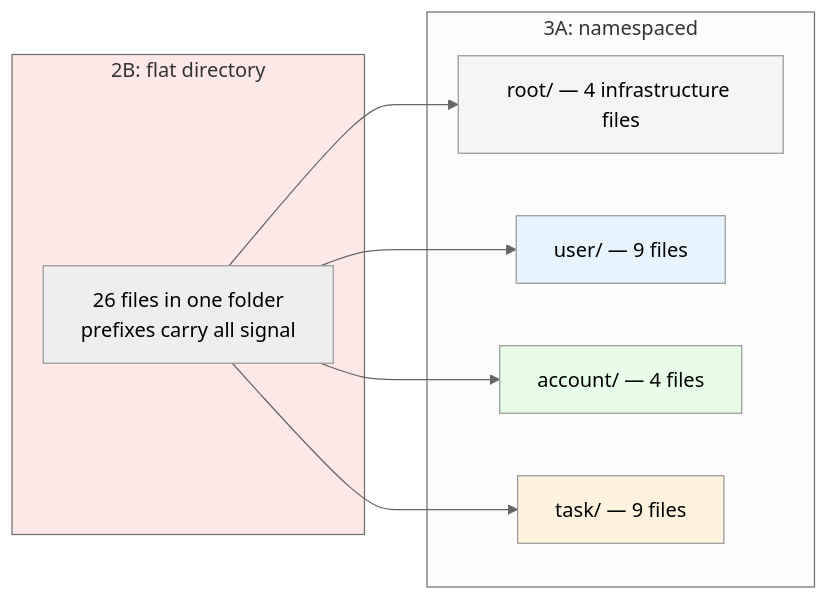
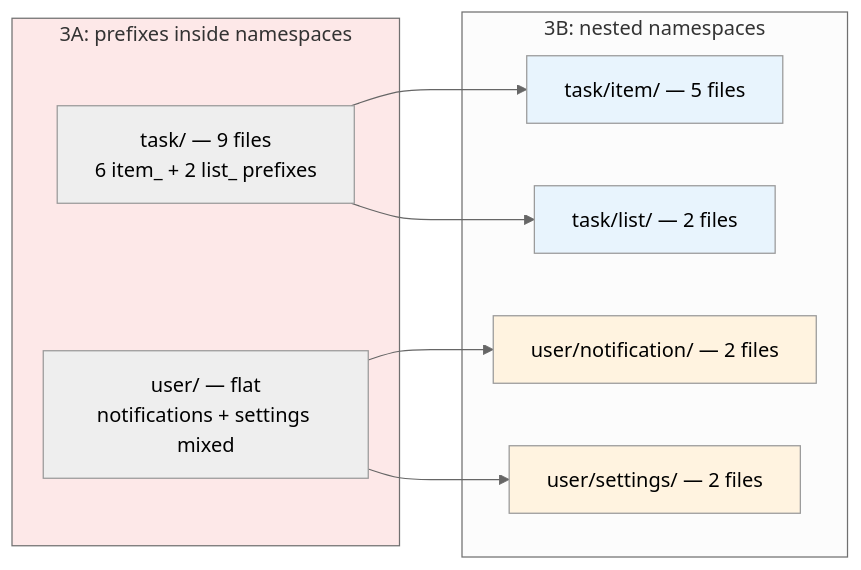
Before and after one commit to railswhey/app: the first of 3 diagrams in README.md, drawn with Mermaid (neutral theme). The commit also changed other lines of this file and 34 other files, not shown here.

Commit message:
3B: Organizing controllers into nested namespaces

````diff
--- a/README.md
+++ b/README.md
@@ -50,24 +55,25 @@
 ```mermaid
 flowchart LR
-  subgraph Before["2B: flat directory"]
-    FLAT["26 files in one folder<br/>prefixes carry all signal"]
+  subgraph Before["3A: prefixes inside namespaces"]
+    TASK1["task/ — 9 files<br/>6 item_ + 2 list_ prefixes"]
+    USER1["user/ — flat<br/>notifications + settings mixed"]
   end
 
-  subgraph After["3A: namespaced"]
-    ROOT["root/ — 4 infrastructure files"]
-    USER["user/ — 9 files"]
-    ACCOUNT["account/ — 4 files"]
-    TASK["task/ — 9 files"]
+  subgraph After["3B: nested namespaces"]
+    TI["task/item/ — 5 files"]
+    TL["task/list/ — 2 files"]
+    UN["user/notification/ — 2 files"]
+    US["user/settings/ — 2 files"]
   end
 
-  FLAT --> ROOT
-  FLAT --> USER
-  FLAT --> ACCOUNT
-  FLAT --> TASK
+  TASK1 --> TI
+  TASK1 --> TL
+  USER1 --> UN
+  USER1 --> US
 
   style Before fill:#fde8e8
-  style ROOT fill:#f5f5f5
-  style USER fill:#e8f4fd
-  style ACCOUNT fill:#e8fde8
-  style TASK fill:#fff3e0
+  style TI fill:#e8f4fd
+  style TL fill:#e8f4fd
+  style UN fill:#fff3e0
+  style US fill:#fff3e0
 ```
````
